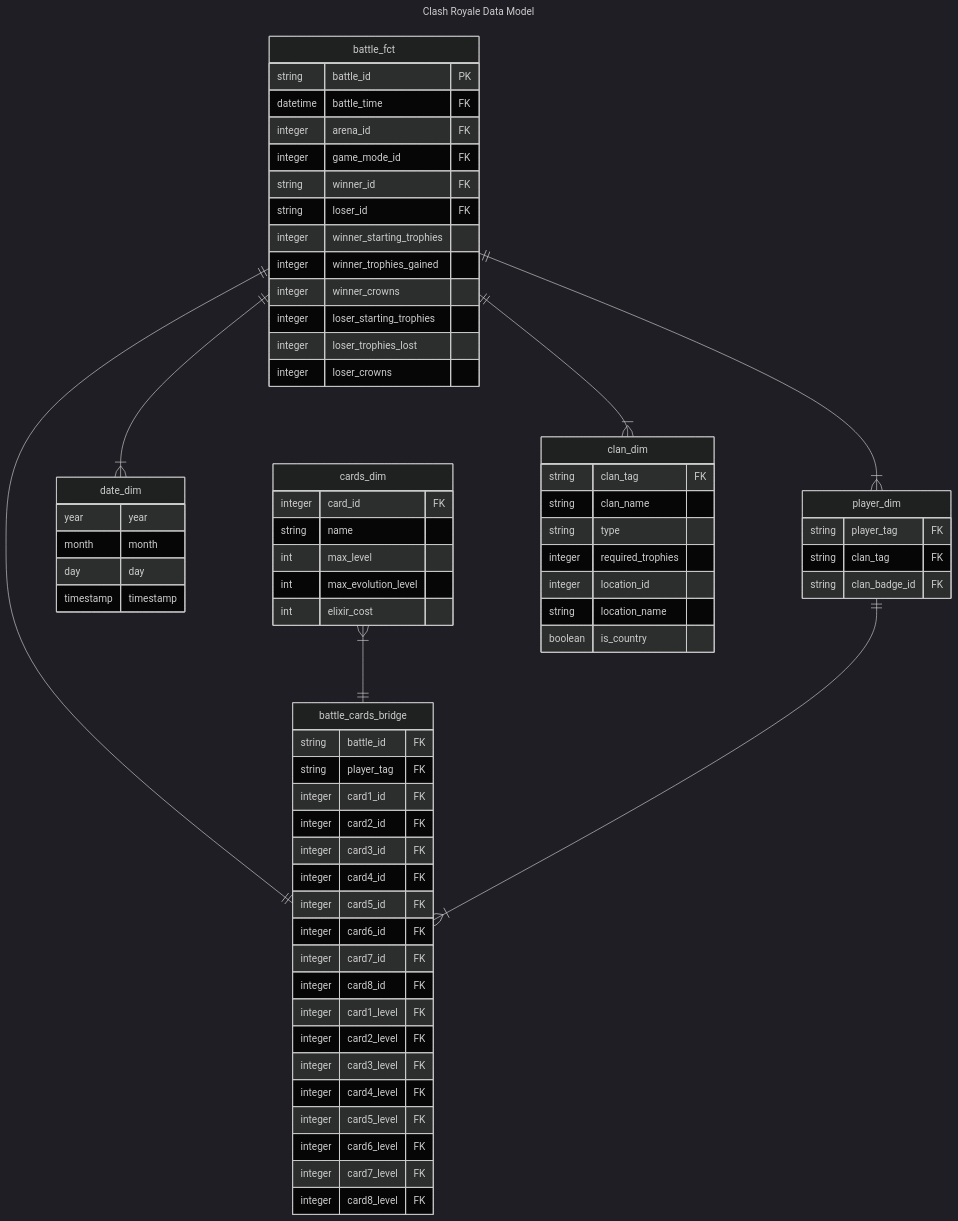
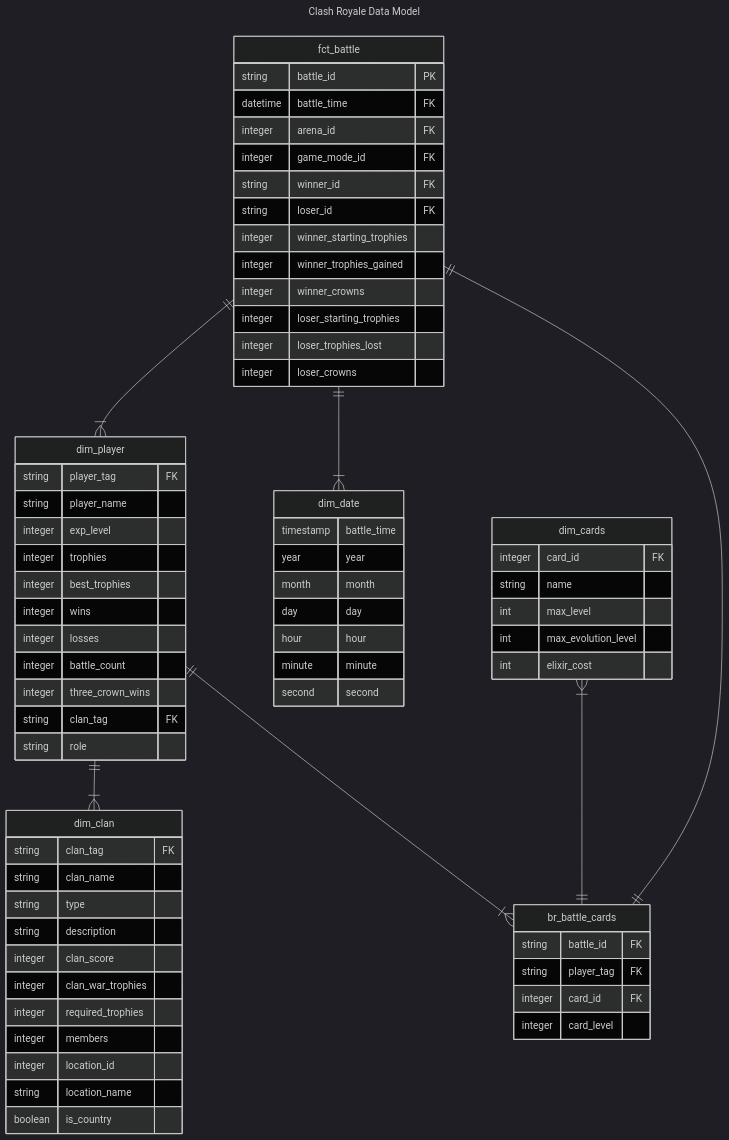
Before and after one commit to flemm0/clash_royale: the diagram in data_model.mmd, drawn with Mermaid (dark theme).

Commit message:
update data model

```diff
--- a/data_model.mmd
+++ b/data_model.mmd
@@ -1,79 +1,80 @@
 ---
 title: Clash Royale Data Model
 ---
 
 erDiagram
 
-    battle_fct {
+    fct_battle {
         string battle_id PK
         datetime battle_time FK
         integer arena_id FK
         integer game_mode_id FK
         string winner_id FK
         string loser_id FK
         integer winner_starting_trophies
         integer winner_trophies_gained
         integer winner_crowns
         integer loser_starting_trophies
         integer loser_trophies_lost
         integer loser_crowns
     }
 
-    player_dim {
+    dim_player {
         string player_tag FK
+        string player_name 
+        integer exp_level
+        integer trophies
+        integer best_trophies
+        integer wins
+        integer losses
+        integer battle_count
+        integer three_crown_wins
         string clan_tag FK
-        string clan_badge_id FK
+        string role 
     }
 
-    date_dim {
+    dim_date {
+        timestamp battle_time
         year year
         month month
         day day
-        timestamp timestamp
+        hour hour
+        minute minute
+        second second
     }
     
-    battle_cards_bridge {
+    br_battle_cards {
         string battle_id FK
         string player_tag FK
-        integer card1_id FK
-        integer card2_id FK
-        integer card3_id FK
-        integer card4_id FK
-        integer card5_id FK
-        integer card6_id FK
-        integer card7_id FK
-        integer card8_id FK
-        integer card1_level FK
-        integer card2_level FK
-        integer card3_level FK
-        integer card4_level FK
-        integer card5_level FK
-        integer card6_level FK
-        integer card7_level FK
-        integer card8_level FK
+        integer card_id FK
+        integer card_level 
     }
 
-    cards_dim {
+    dim_cards {
         integer card_id FK
         string name
         int max_level
         int max_evolution_level
         int elixir_cost
     }
 
-    clan_dim {
+    dim_clan {
         string clan_tag FK
         string clan_name
         string type
+        string description
+        integer clan_score
+        integer clan_war_trophies
         integer required_trophies
+        integer members
         integer location_id
         string location_name
         boolean is_country
     }
 
-    battle_fct ||--|{ player_dim : ""
-    battle_fct ||--|{ date_dim : ""
-    battle_fct ||--|{ clan_dim : ""
-    battle_fct ||--|| battle_cards_bridge : ""
-    cards_dim }|--|| battle_cards_bridge : ""
-    player_dim ||--|{ battle_cards_bridge : ""
+    fct_battle ||--|{ dim_player : ""
+    fct_battle ||--|{ dim_date : ""
+    dim_player ||--|{ dim_clan : ""
+    fct_battle ||--|| br_battle_cards : ""
+    dim_cards }|--|| br_battle_cards : ""
+    dim_player ||--|{ br_battle_cards : ""
```
